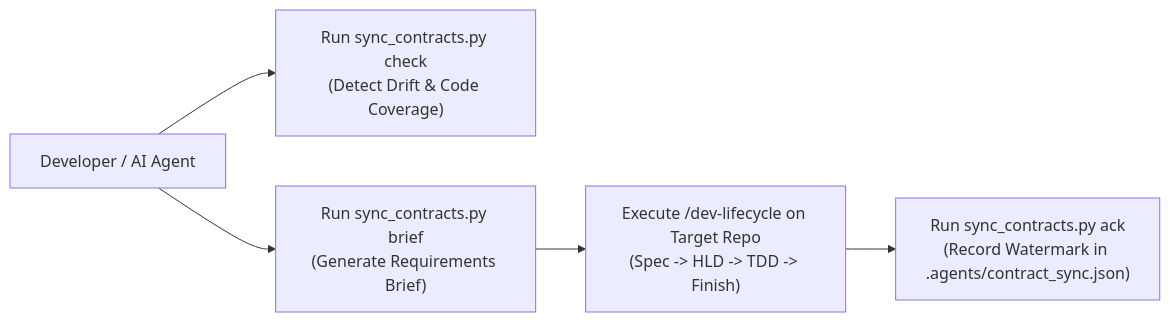
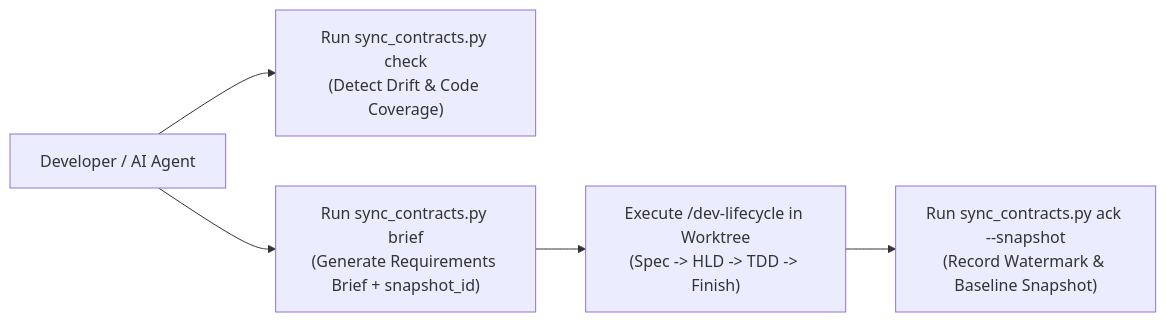
The second of 3 diagrams in .devtool/epic/sync_shared_contracts/sync_shared_contracts.en.md (DanhDue/ai-agent-tools), drawn with Mermaid before and after one commit. The commit also changed other lines of this file and 13 other files, not shown here.

First line of the commit message:
[SYNC_SHARED_CONTRACTS] Revise epic after Principal Review round 1

````diff
--- a/.devtool/epic/sync_shared_contracts/sync_shared_contracts.en.md
+++ b/.devtool/epic/sync_shared_contracts/sync_shared_contracts.en.md
@@ -92,13 +95,13 @@
 ```mermaid
 flowchart LR
     DEV["Developer / AI Agent"]
     UC1["Run sync_contracts.py check<br/>(Detect Drift & Code Coverage)"]
-    UC2["Run sync_contracts.py brief<br/>(Generate Requirements Brief)"]
-    UC3["Execute /dev-lifecycle on Target Repo<br/>(Spec -> HLD -> TDD -> Finish)"]
-    UC4["Run sync_contracts.py ack<br/>(Record Watermark in .agents/contract_sync.json)"]
+    UC2["Run sync_contracts.py brief<br/>(Generate Requirements Brief + snapshot_id)"]
+    UC3["Execute /dev-lifecycle in Worktree<br/>(Spec -> HLD -> TDD -> Finish)"]
+    UC4["Run sync_contracts.py ack --snapshot<br/>(Record Watermark & Baseline Snapshot)"]
 
     DEV --> UC1
     DEV --> UC2
     UC2 --> UC3
     UC3 --> UC4
 ```
````
